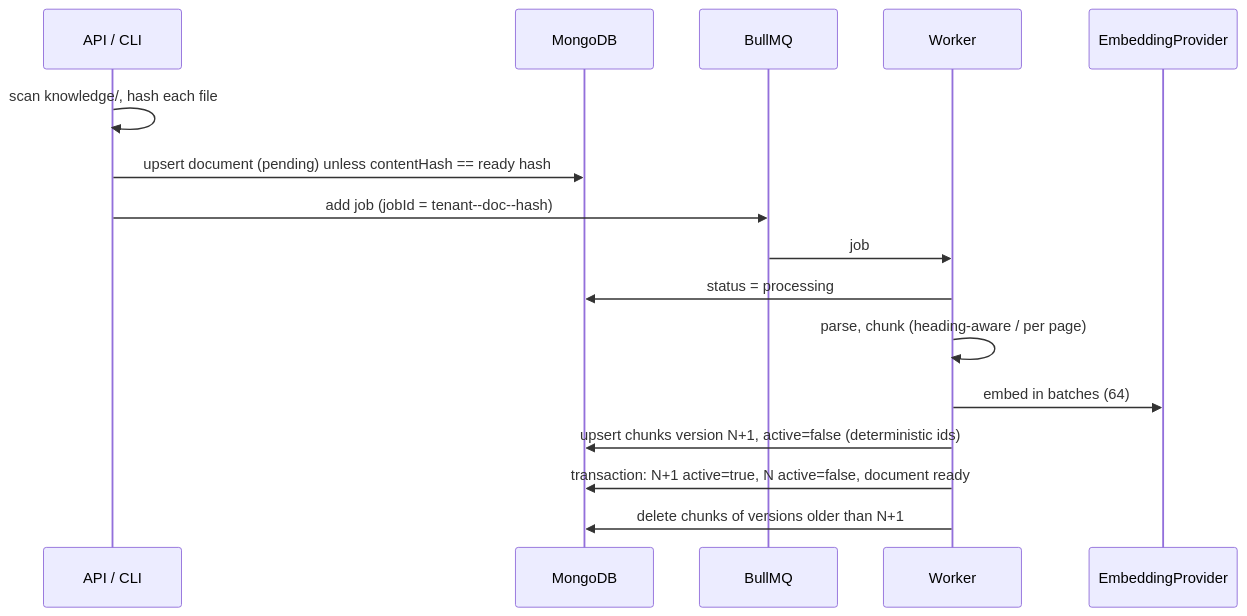
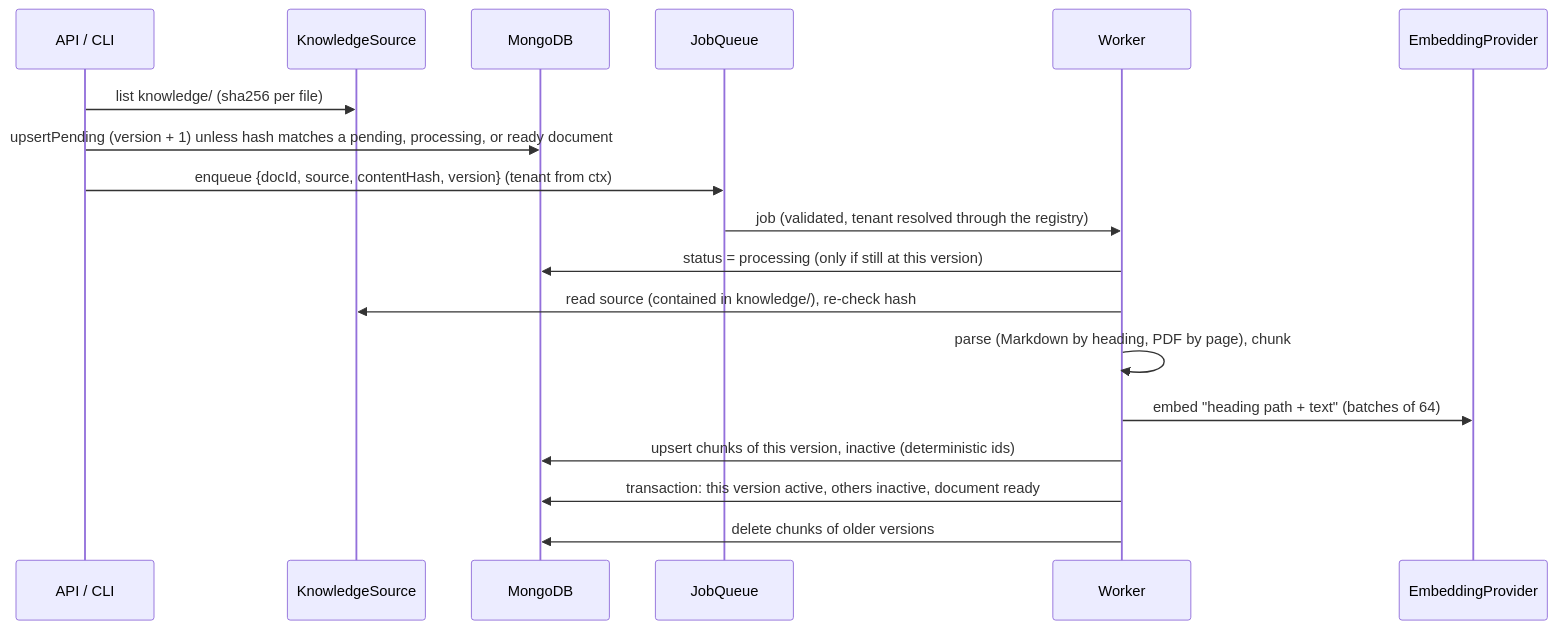
The second of 3 diagrams in .kiro/specs/core-skeleton/design.md (MyNameIsKry/agent-skeleton-kit), drawn with Mermaid before and after one commit. The commit also changed other lines of this file and 4 other files, not shown here.

````diff
--- a/.kiro/specs/core-skeleton/design.md
+++ b/.kiro/specs/core-skeleton/design.md
@@ -263,18 +266,20 @@
 ```mermaid
 sequenceDiagram
   participant Src as API / CLI
+  participant K as KnowledgeSource
   participant DB as MongoDB
-  participant Q as BullMQ
+  participant Q as JobQueue
   participant W as Worker
   participant E as EmbeddingProvider
-  Src->>Src: scan knowledge/, hash each file
-  Src->>DB: upsert document (pending) unless contentHash == ready hash
-  Src->>Q: add job (jobId = tenant--doc--hash)
-  Q->>W: job
-  W->>DB: status = processing
-  W->>W: parse, chunk (heading-aware / per page)
-  W->>E: embed in batches (64)
-  W->>DB: upsert chunks version N+1, active=false (deterministic ids)
-  W->>DB: transaction: N+1 active=true, N active=false, document ready
-  W->>DB: delete chunks of versions older than N+1
+  Src->>K: list knowledge/ (sha256 per file)
+  Src->>DB: upsertPending (version + 1) unless hash matches a pending, processing, or ready document
+  Src->>Q: enqueue {docId, source, contentHash, version} (tenant from ctx)
+  Q->>W: job (validated, tenant resolved through the registry)
+  W->>DB: status = processing (only if still at this version)
+  W->>K: read source (contained in knowledge/), re-check hash
+  W->>W: parse (Markdown by heading, PDF by page), chunk
+  W->>E: embed "heading path + text" (batches of 64)
+  W->>DB: upsert chunks of this version, inactive (deterministic ids)
+  W->>DB: transaction: this version active, others inactive, document ready
+  W->>DB: delete chunks of older versions
 ```
````
